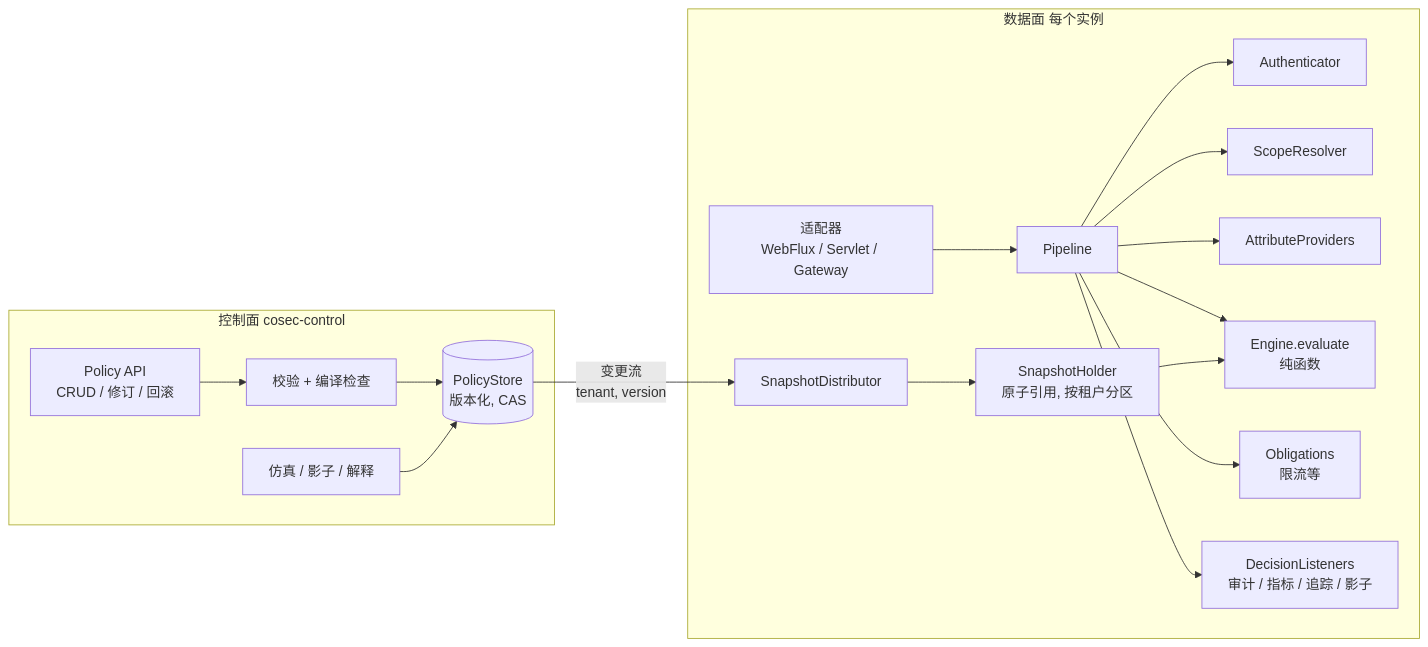
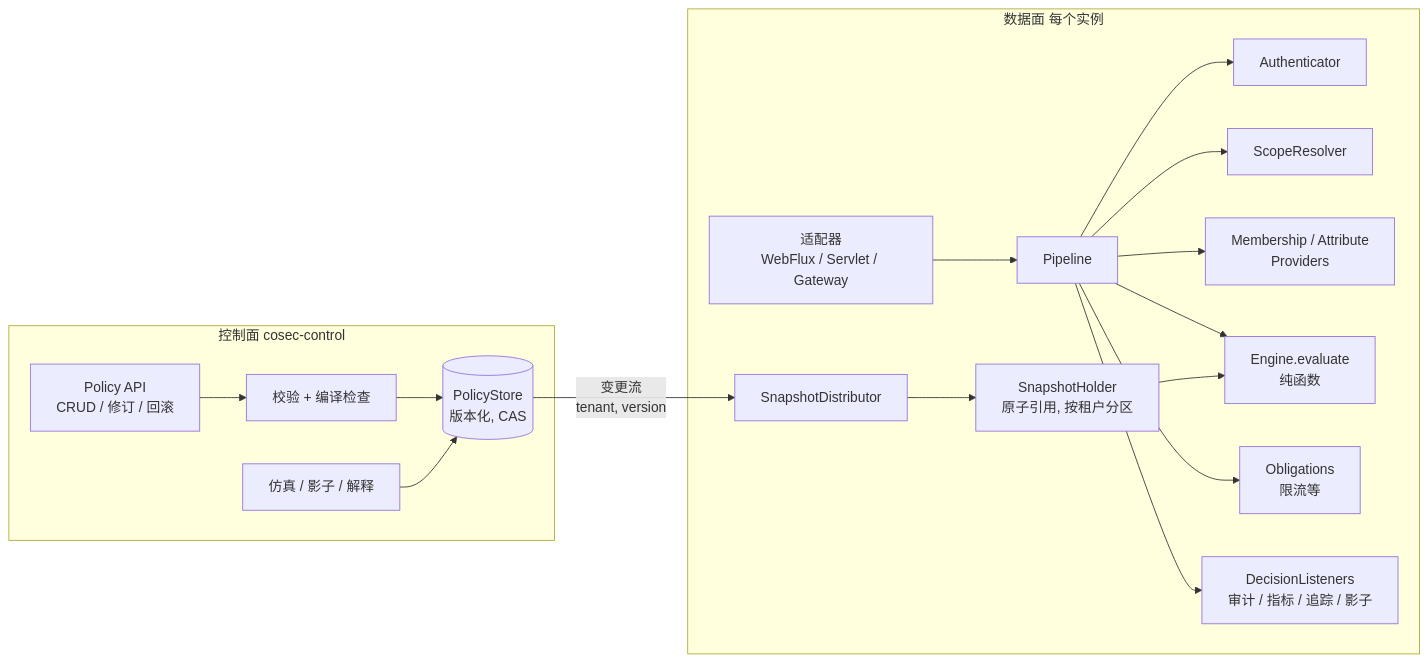
Before and after one commit to Ahoo-Wang/CoSec: the first of 2 diagrams in docs/rfc/0001-target-architecture.md, drawn with Mermaid. The commit also changed other lines of this file, not shown here.

First line of the commit message:
docs(rfc): revise the target architecture after self-review

````diff
--- a/docs/rfc/0001-target-architecture.md
+++ b/docs/rfc/0001-target-architecture.md
@@ -92,25 +94,25 @@
 ```mermaid
 flowchart LR
     subgraph CP[控制面 cosec-control]
         API[Policy API<br>CRUD / 修订 / 回滚]
         VAL[校验 + 编译检查]
         SIM[仿真 / 影子 / 解释]
         STORE[(PolicyStore<br>版本化, CAS)]
         API --> VAL --> STORE
         SIM --> STORE
     end
 
     STORE -- 变更流<br>tenant, version --> DIST[SnapshotDistributor]
 
     subgraph DP[数据面 每个实例]
         DIST --> HOLDER[SnapshotHolder<br>原子引用, 按租户分区]
         ADP[适配器<br>WebFlux / Servlet / Gateway] --> PIPE[Pipeline]
         PIPE --> AUTHN[Authenticator]
         PIPE --> SCOPE[ScopeResolver]
-        PIPE --> PIP[AttributeProviders]
+        PIPE --> PIP[Membership / Attribute<br>Providers]
         PIPE --> ENG[Engine.evaluate<br>纯函数]
         HOLDER --> ENG
         PIPE --> OBL[Obligations<br>限流等]
         PIPE --> LIS[DecisionListeners<br>审计 / 指标 / 追踪 / 影子]
     end
 ```
````
